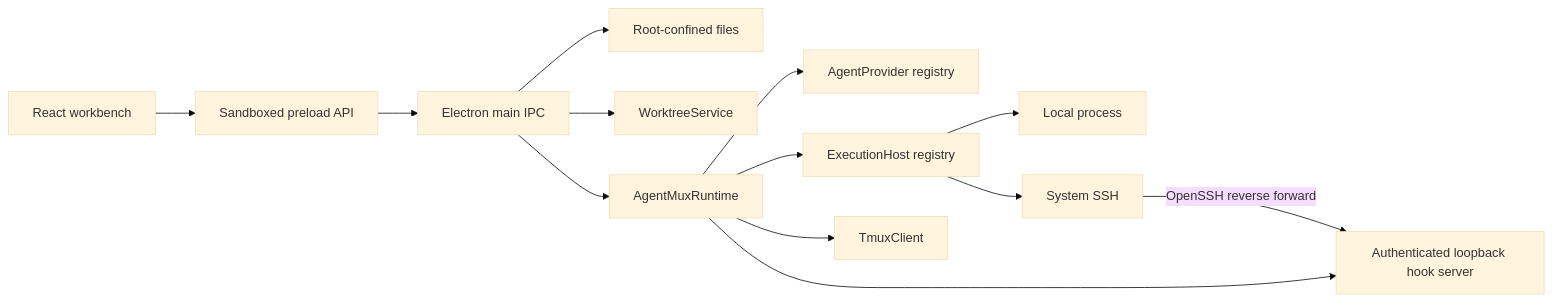
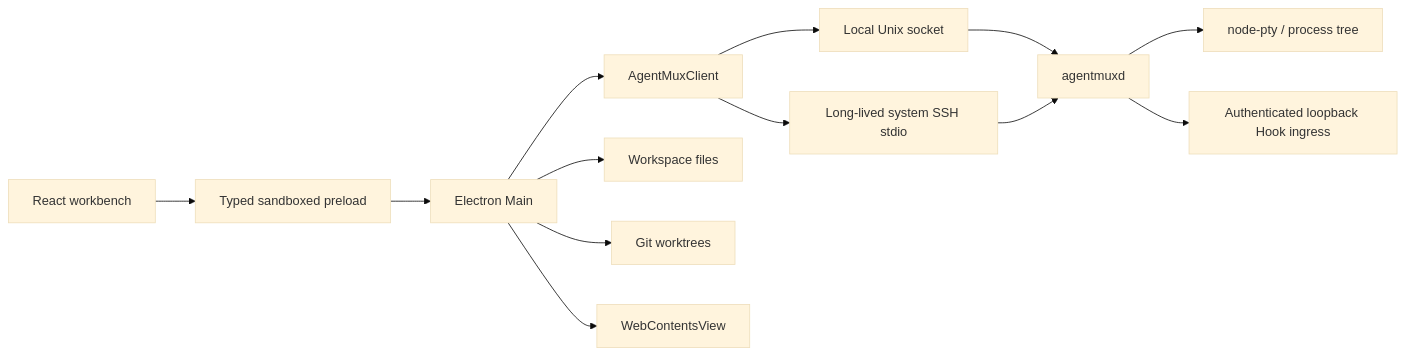
One commit to bagakit/agentmux changed the diagram in README.md. Above: the diagram before and after it, drawn with Mermaid (base theme). The commit also changed other lines of this file and 44 other files, not shown here.

````diff
--- a/README.md
+++ b/README.md
@@ -24,15 +19,15 @@
 ```mermaid
 flowchart LR
-  UI[React workbench] --> PRELOAD[Sandboxed preload API]
-  PRELOAD --> IPC[Electron main IPC]
-  IPC --> FILES[Root-confined files]
-  IPC --> GIT[WorktreeService]
-  IPC --> RUNTIME[AgentMuxRuntime]
-  RUNTIME --> PROVIDERS[AgentProvider registry]
-  RUNTIME --> HOSTS[ExecutionHost registry]
-  HOSTS --> LOCAL[Local process]
-  HOSTS --> SSH[System SSH]
-  RUNTIME --> TMUX[TmuxClient]
-  RUNTIME --> HOOK[Authenticated loopback hook server]
-  SSH -->|OpenSSH reverse forward| HOOK
+  UI[React workbench] --> PRELOAD[Typed sandboxed preload]
+  PRELOAD --> MAIN[Electron Main]
+  MAIN --> CLIENT[AgentMuxClient]
+  CLIENT --> LOCAL[Local Unix socket]
+  CLIENT --> SSH[Long-lived system SSH stdio]
+  LOCAL --> DAEMON[agentmuxd]
+  SSH --> DAEMON
+  DAEMON --> PTY[node-pty / process tree]
+  DAEMON --> HOOK[Authenticated loopback Hook ingress]
+  MAIN --> FILES[Workspace files]
+  MAIN --> GIT[Git worktrees]
+  MAIN --> BROWSER[WebContentsView]
 ```
````
